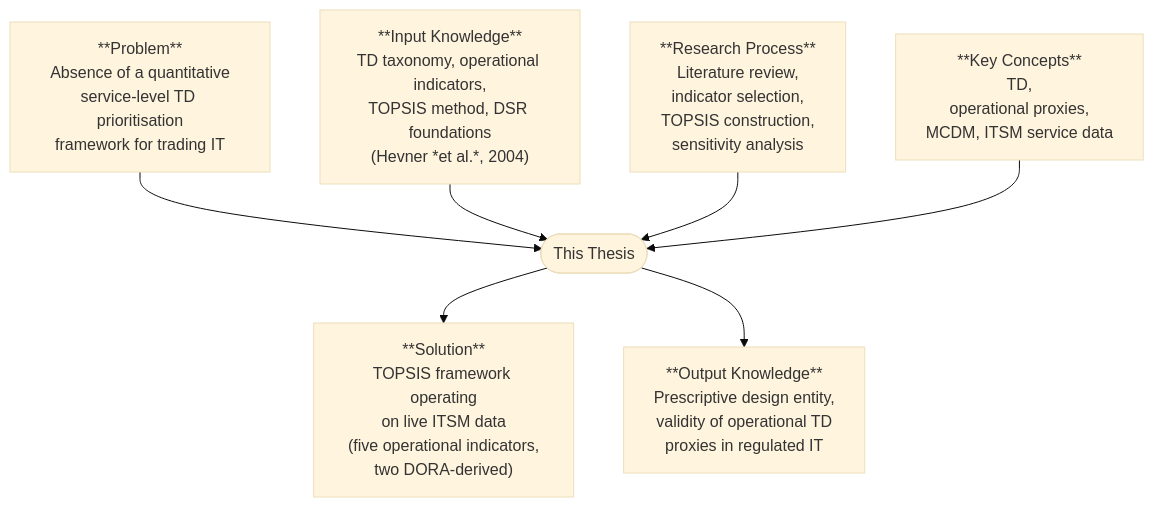
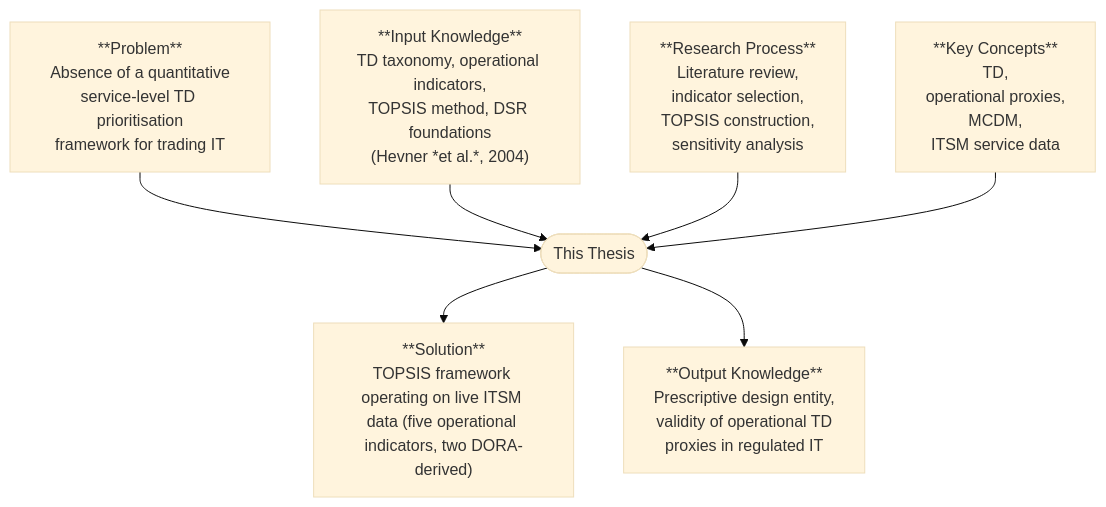
One commit to TobiZeier/MScProject changed the first of 2 diagrams in quarto/chapters/3-methodology.qmd. Above: the diagram before and after it, drawn with Mermaid (base theme). The commit also changed other lines of this file and 5 other files, not shown here.

````diff
--- a/quarto/chapters/3-methodology.qmd
+++ b/quarto/chapters/3-methodology.qmd
@@ -38,21 +38,21 @@
 ```{mermaid}
 %%| label: fig-dsr-grid
 %%| fig-cap: "DSR Grid for the present study, adapted from Peffers *et al.* (2007)"
 %%| fig-width: 5.7
 
 graph TD
     P["**Problem**<br/>Absence of a quantitative<br/>service-level TD prioritisation<br/>framework for trading IT"]
     IK["**Input Knowledge**<br/>TD taxonomy, operational indicators,<br/>TOPSIS method, DSR foundations<br/>(Hevner *et al.*, 2004)"]
     RP["**Research Process**<br/>Literature review,<br/>indicator selection,<br/>TOPSIS construction,<br/>sensitivity analysis"]
-    KC["**Key Concepts**<br/>TD,<br/>operational proxies,<br/>MCDM, ITSM service data"]
+    KC["**Key Concepts**<br/>TD,<br/>operational proxies,<br/>MCDM,<br/>ITSM service data"]
     DSR(["This Thesis"])
-    S["**Solution**<br/>TOPSIS framework operating<br/>on live ITSM data<br/>(five operational indicators,<br/>two DORA-derived)"]
+    S["**Solution**<br/>TOPSIS framework operating on live ITSM data (five operational indicators, two DORA-derived)"]
     OK["**Output Knowledge**<br/>Prescriptive design entity,<br/>validity of operational TD<br/>proxies in regulated IT"]
 
     P --> DSR
     IK --> DSR
     RP --> DSR
     KC --> DSR
     DSR --> S
     DSR --> OK
 ```
````
